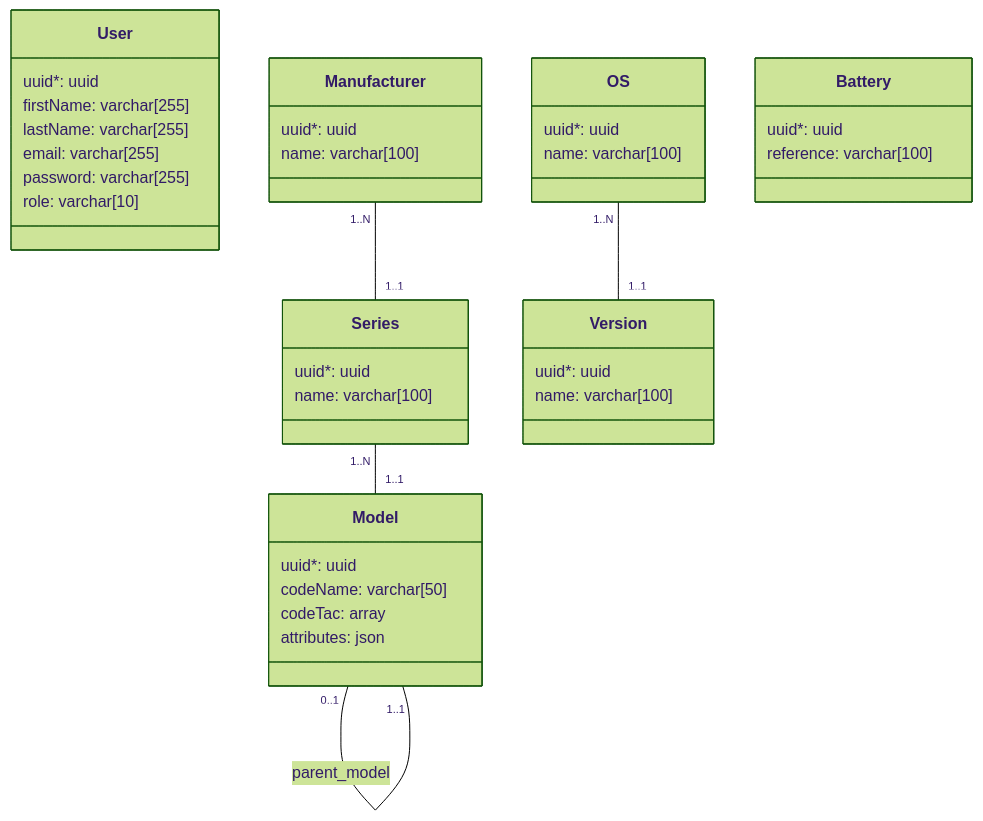
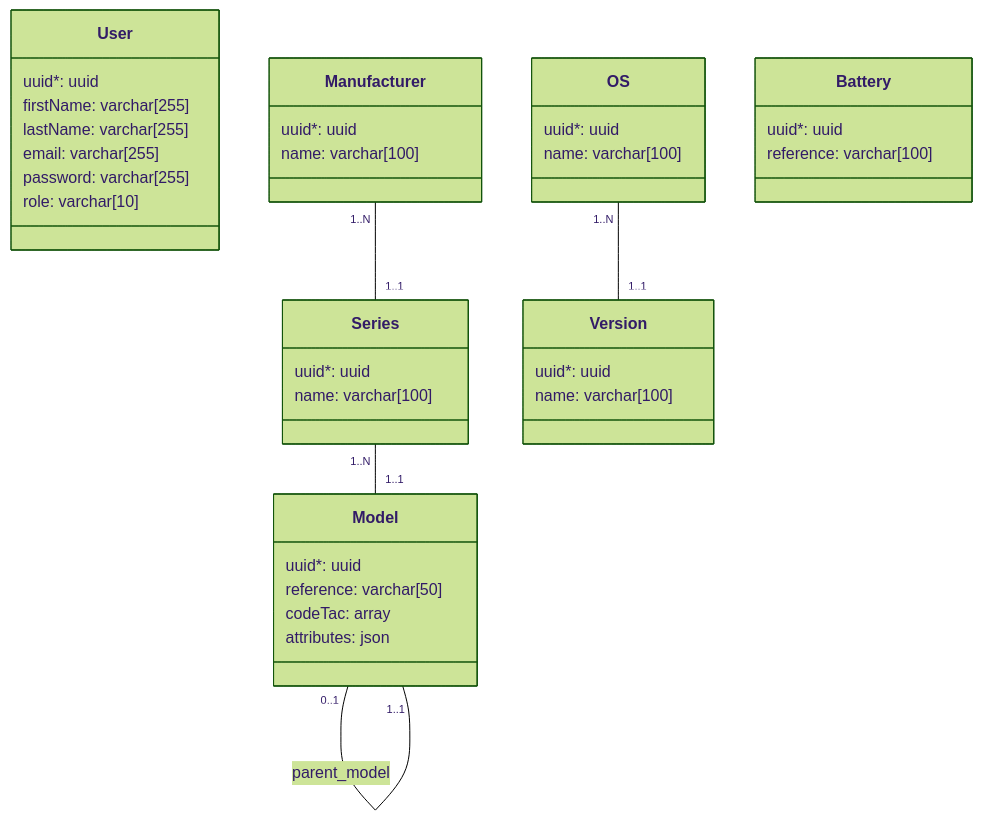
Before and after one commit to fairnesscoop/dddb: the diagram in docs/tools/db.md, drawn with Mermaid (forest theme). The commit also changed 33 other files, not shown here.

````diff
--- a/docs/tools/db.md
+++ b/docs/tools/db.md
@@ -7,51 +7,51 @@
 ```mermaid
 classDiagram
 direction TB
 
 class User {
     uuid*: uuid
     firstName: varchar[255]
     lastName: varchar[255]
     email: varchar[255]
     password: varchar[255]
     role: varchar[10]
 }
 
 class Manufacturer {
     uuid*: uuid
     name: varchar[100]
 }
 
 class Series {
     uuid*: uuid
     name: varchar[100]
 }
 
 class Model {
     uuid*: uuid
-    codeName: varchar[50]
+    reference: varchar[50]
     codeTac: array
     attributes: json
 }
 
 class OS {
     uuid*: uuid
     name: varchar[100]
 }
 
 class Version {
     uuid*: uuid
     name: varchar[100]
 }
 
 
 class Battery {
     uuid*: uuid
     reference: varchar[100]
 }
 
 Manufacturer "1..N" -- "1..1" Series
 Series "1..N" -- "1..1" Model
 Model "0..1" -- "1..1" Model : parent_model
 OS "1..N" -- "1..1" Version
 ```
````
